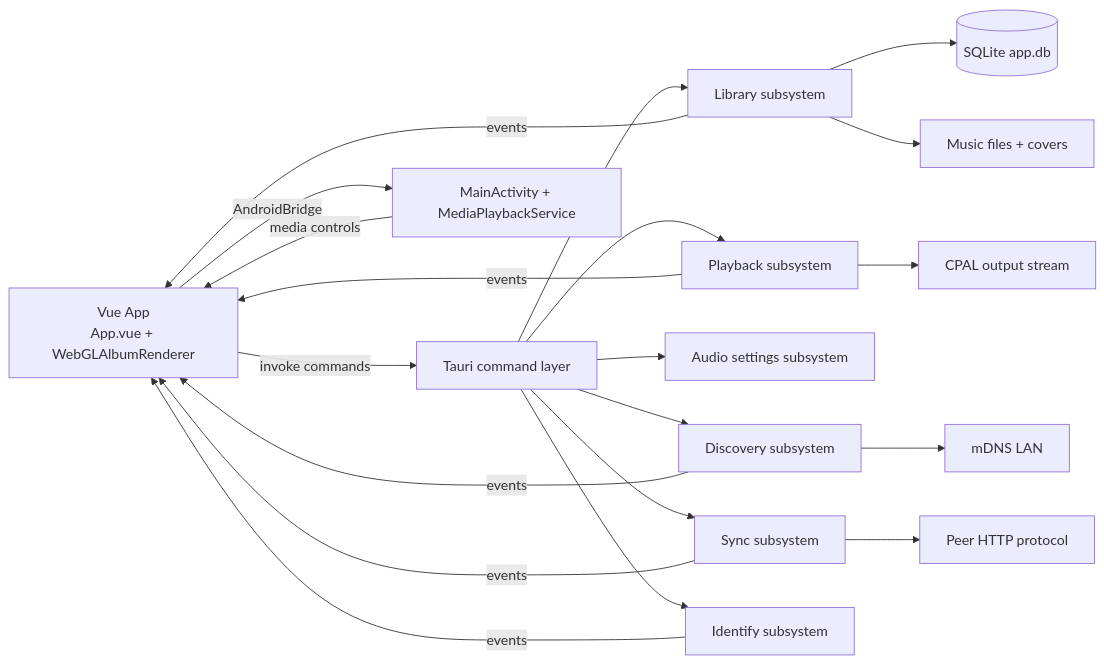
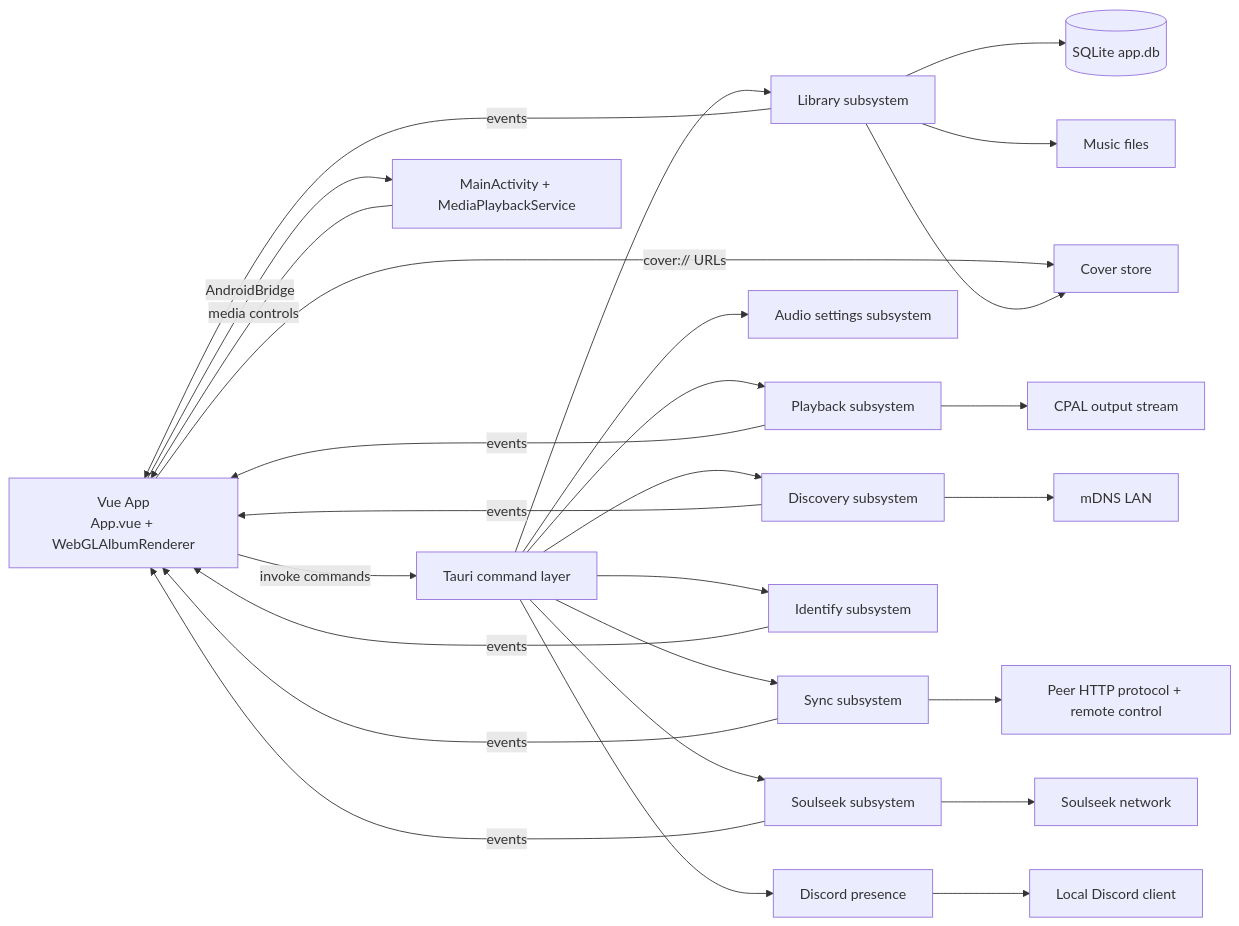
The first of 2 diagrams in DESIGN.md (verncat/player), drawn with Mermaid before and after one commit. The commit also changed other lines of this file and 1 other file, not shown here.

````diff
--- a/DESIGN.md
+++ b/DESIGN.md
@@ -52,25 +81,32 @@
 ```mermaid
 flowchart LR
   UI[Vue App\nApp.vue + WebGLAlbumRenderer] -->|invoke commands| Tauri[Tauri command layer]
   Tauri --> Library[Library subsystem]
   Tauri --> Playback[Playback subsystem]
   Tauri --> Audio[Audio settings subsystem]
   Tauri --> Discovery[Discovery subsystem]
   Tauri --> Sync[Sync subsystem]
   Tauri --> Identify[Identify subsystem]
+  Tauri --> Soulseek[Soulseek subsystem]
+  Tauri --> DiscordRPC[Discord presence]
+  UI -->|cover:// URLs| Covers[Cover store]
 
   Library --> DB[(SQLite app.db)]
-  Library --> FS[Music files + covers]
+  Library --> FS[Music files]
+  Library --> Covers
+  Soulseek --> SLSK[Soulseek network]
+  DiscordRPC --> DiscordApp[Local Discord client]
   Playback --> AudioOut[CPAL output stream]
   Discovery --> LAN[mDNS LAN]
-  Sync --> HTTP[Peer HTTP protocol]
+  Sync --> HTTP[Peer HTTP protocol + remote control]
 
   Playback -->|events| UI
   Library -->|events| UI
   Discovery -->|events| UI
   Sync -->|events| UI
   Identify -->|events| UI
+  Soulseek -->|events| UI
 
   UI -->|AndroidBridge| Android[MainActivity + MediaPlaybackService]
   Android -->|media controls| UI
 ```
````
